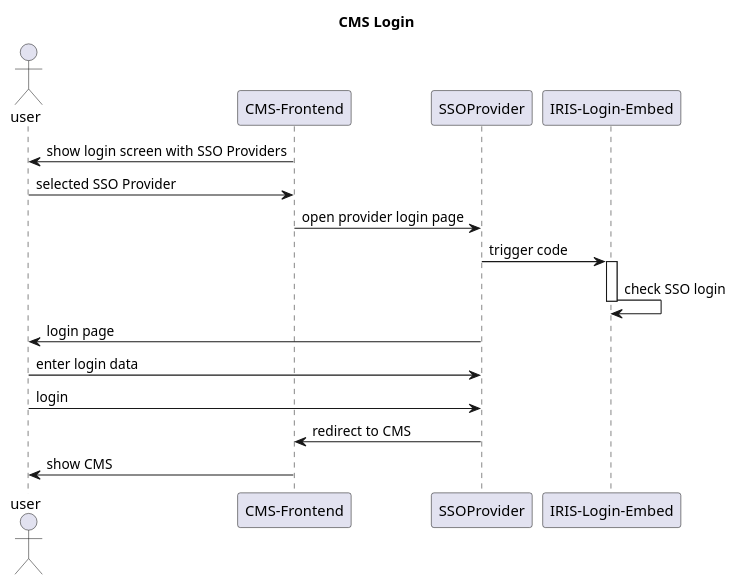
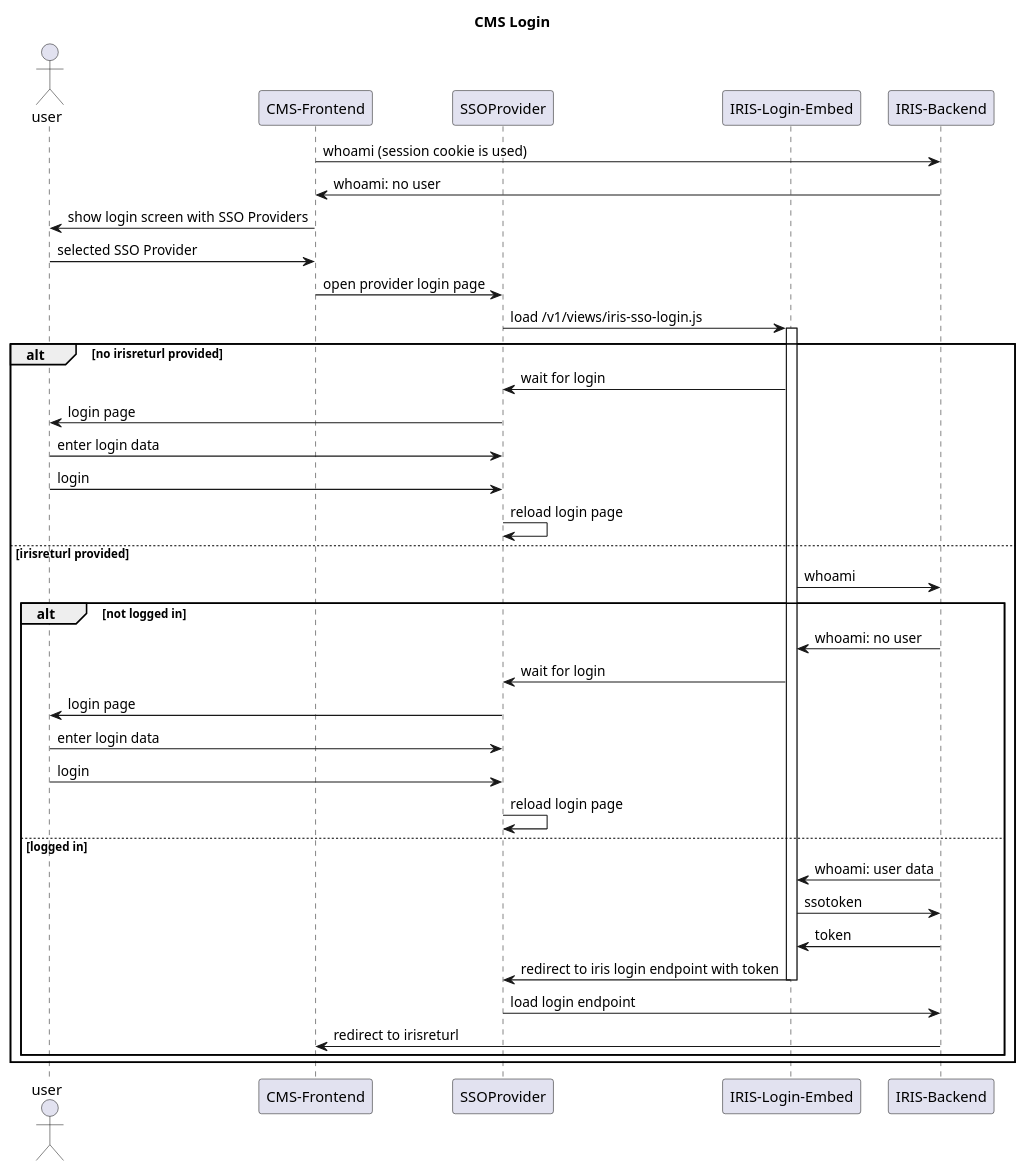
The diagram in docs/sso-cms.rst (iris-dni/iris-service), drawn with PlantUML before and after one commit. The commit also changed other lines of this file and 4 other files, not shown here.

```diff
--- a/docs/sso-cms.rst
+++ b/docs/sso-cms.rst
@@ -10,24 +10,46 @@
 .. uml::
 
     @startuml
     Title CMS Login
 
     actor user
     participant "CMS-Frontend" as cms
     participant "SSOProvider" as provider
     participant "IRIS-Login-Embed" as iris
+    participant "IRIS-Backend" as backend
 
+    cms -> backend : whoami (session cookie is used)
+    backend -> cms : whoami: no user
     cms -> user : show login screen with SSO Providers
     user -> cms : selected SSO Provider
     cms -> provider : open provider login page
-    provider -> iris : trigger code
+    provider -> iris : load /v1/views/iris-sso-login.js
     activate iris
-    iris -> iris : check SSO login
+    alt no irisreturl provided
+      iris -> provider : wait for login
+      provider -> user : login page
+      user -> provider : enter login data
+      user -> provider : login
+      provider -> provider : reload login page
+    else irisreturl provided
+      iris -> backend : whoami
+      alt not logged in
+        backend -> iris : whoami: no user
+        iris -> provider : wait for login
+        provider -> user : login page
+        user -> provider : enter login data
+        user -> provider : login
+        provider -> provider : reload login page
+      else logged in
+        backend -> iris : whoami: user data
+        iris -> backend : ssotoken
+        backend -> iris : token
+        iris -> provider : redirect to iris login endpoint with token
+        deactivate iris
+        provider -> backend : load login endpoint
+        backend -> cms : redirect to irisreturl
+      end
+    end
     deactivate iris
-    provider -> user : login page
-    user -> provider : enter login data
-    user -> provider : login
-    provider -> cms : redirect to CMS
-    cms -> user : show CMS
 
     @enduml
```
